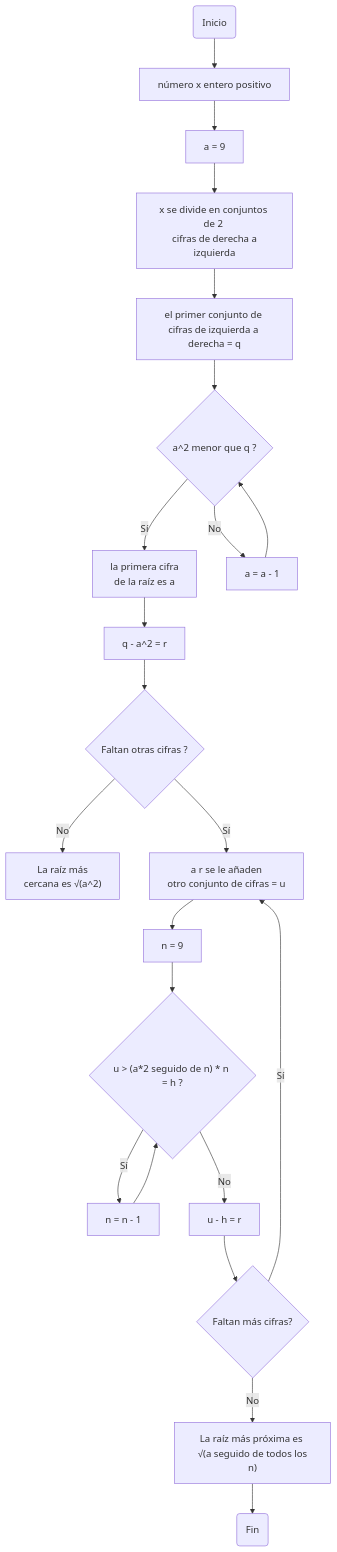
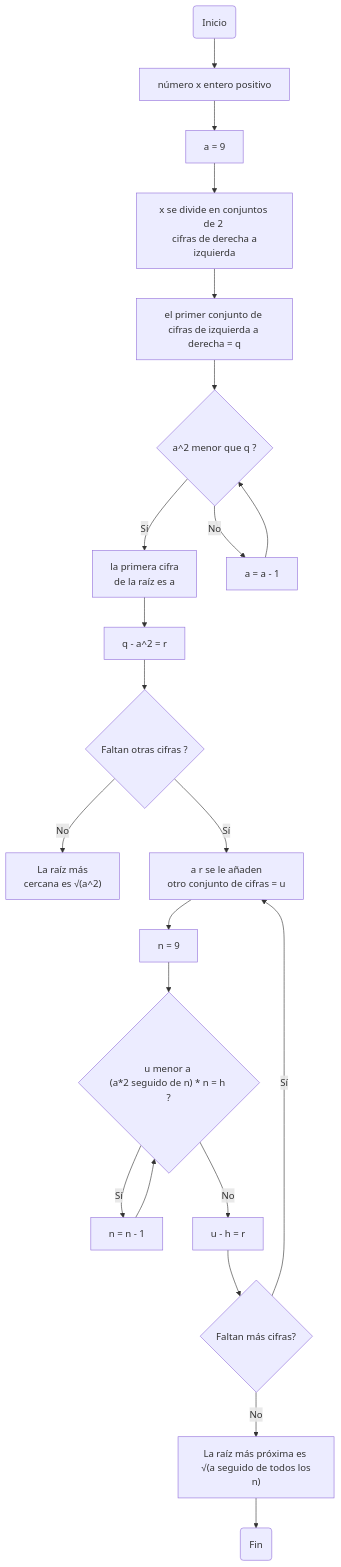
The second of 2 diagrams in README.md (LucasGarcia0924/Reto-3-Flow-en-mis-diagramas), drawn with Mermaid before and after one commit.

Commit message:
README.md

````diff
--- a/README.md
+++ b/README.md
@@ -77,25 +77,25 @@
 ```mermaid
 graph TD;
     A(Inicio);
 A -->B[número x entero positivo];
 B -->C[a = 9];
 C -->E[x se divide en conjuntos de 2 <br> cifras de derecha a izquierda];
 E -->F[el primer conjunto de cifras de izquierda a derecha = q];
 F -->G{a^2 menor que q ?};
 G -->|Sí|H[la primera cifra <br> de la raíz es a];
 G -->|No|I[a = a - 1];
 I -->G;
 H -->J[q - a^2 = r];
 J -->K{Faltan otras cifras ?};
 K -->|No|L["La raíz más <br> cercana es  √(a^2)"];
 K -->|Sí|M[a r se le añaden <br> otro conjunto de cifras = u];
 M -->N[n = 9];
-N -->O{"u > (a*2 seguido de n) * n = h ?"};
+N -->O{"u menor a <br>(a*2 seguido de n) * n = h ?"};
 O -->|Sí|P[n = n - 1];
 P -->O;
 O -->|No|Q[u - h = r];
 Q -->R{Faltan más cifras?};
 R -->|Sí|M;
 R -->|No|T["La raíz más próxima es <br> √(a seguido de todos los n)"];
 T -->S(Fin);
 ```
````
